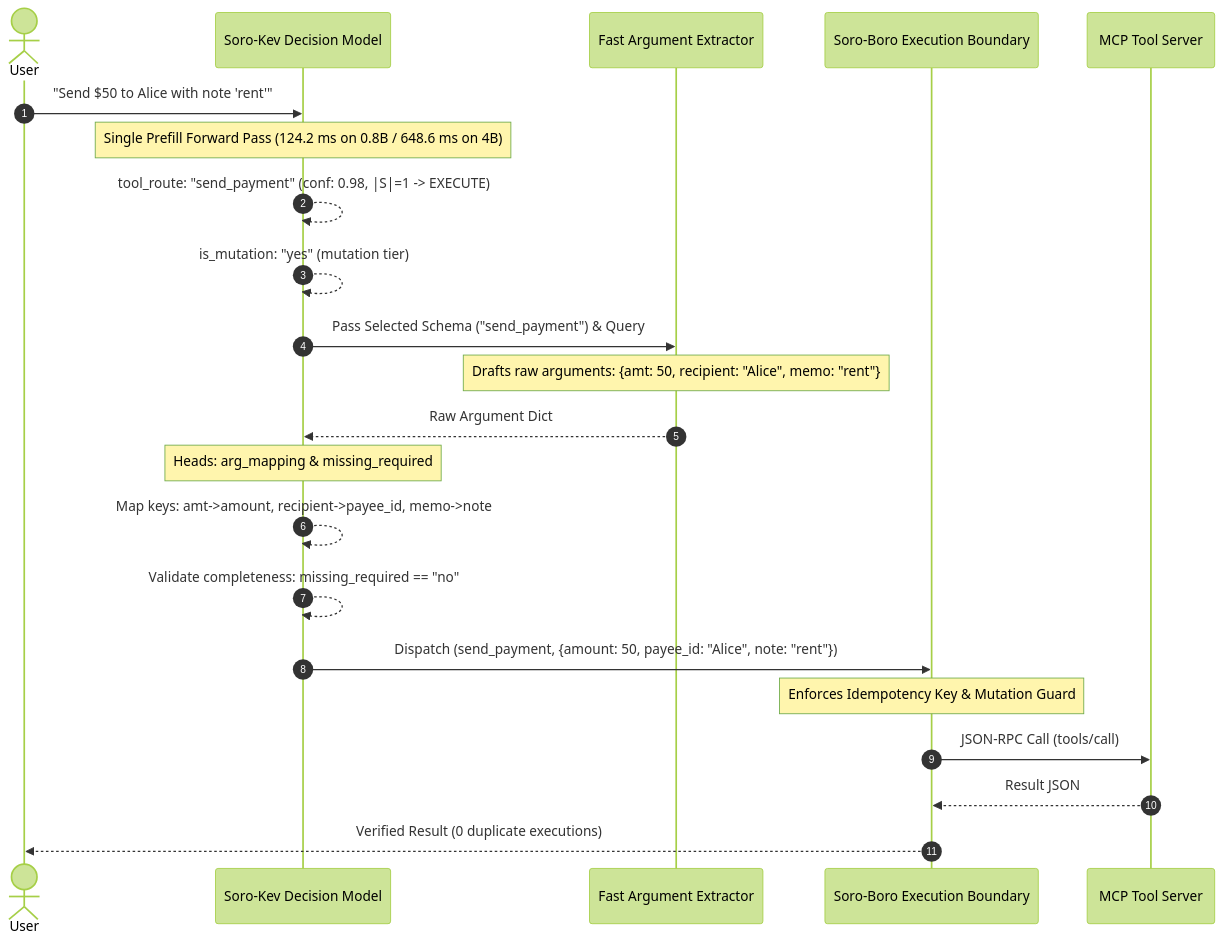
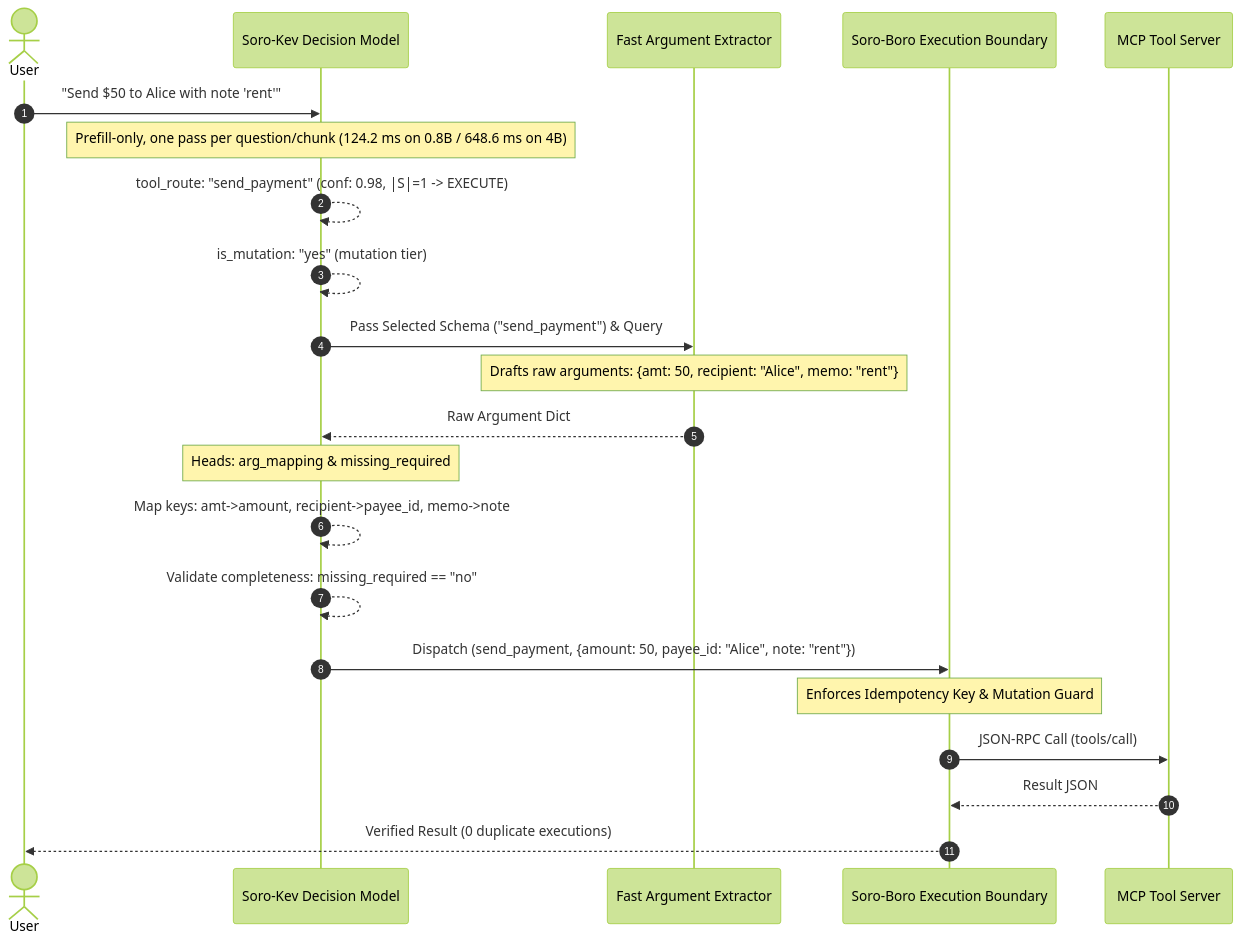
Before and after one commit to nisaral/Soro-Boro: the diagram in README.md, drawn with Mermaid (forest theme). The commit also changed other lines of this file and 10 other files, not shown here.

````diff
--- a/README.md
+++ b/README.md
@@ -101,28 +113,28 @@
 ```mermaid
 sequenceDiagram
     autonumber
     actor User
     participant Router as Soro-Kev Decision Model
     participant Extractor as Fast Argument Extractor
     participant Boundary as Soro-Boro Execution Boundary
     participant MCP as MCP Tool Server
 
     User->>Router: "Send $50 to Alice with note 'rent'"
-    Note over Router: Single Prefill Forward Pass (124.2 ms on 0.8B / 648.6 ms on 4B)
+    Note over Router: Prefill-only, one pass per question/chunk (124.2 ms on 0.8B / 648.6 ms on 4B)
     Router-->>Router: tool_route: "send_payment" (conf: 0.98, |S|=1 -> EXECUTE)
     Router-->>Router: is_mutation: "yes" (mutation tier)
     
     Router->>Extractor: Pass Selected Schema ("send_payment") & Query
     Note over Extractor: Drafts raw arguments: {amt: 50, recipient: "Alice", memo: "rent"}
     Extractor-->>Router: Raw Argument Dict
     
     Note over Router: Heads: arg_mapping & missing_required
     Router-->>Router: Map keys: amt->amount, recipient->payee_id, memo->note
     Router-->>Router: Validate completeness: missing_required == "no"
     
     Router->>Boundary: Dispatch (send_payment, {amount: 50, payee_id: "Alice", note: "rent"})
     Note over Boundary: Enforces Idempotency Key & Mutation Guard
     Boundary->>MCP: JSON-RPC Call (tools/call)
     MCP-->>Boundary: Result JSON
     Boundary-->>User: Verified Result (0 duplicate executions)
 ```
````
